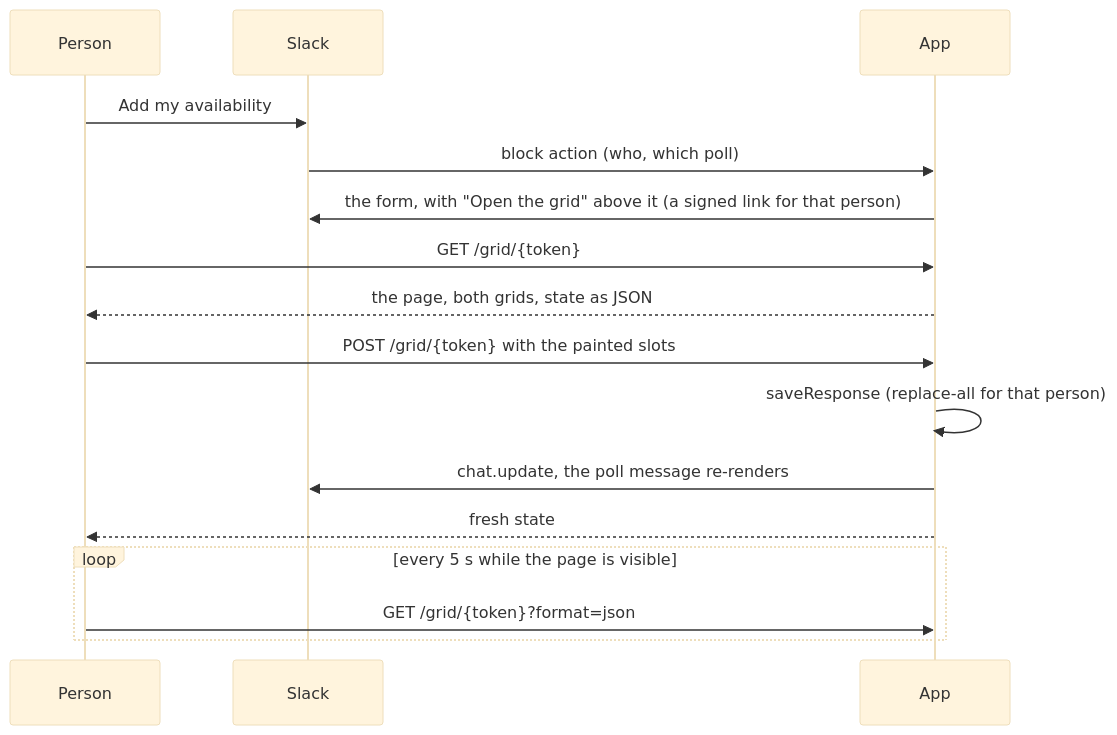
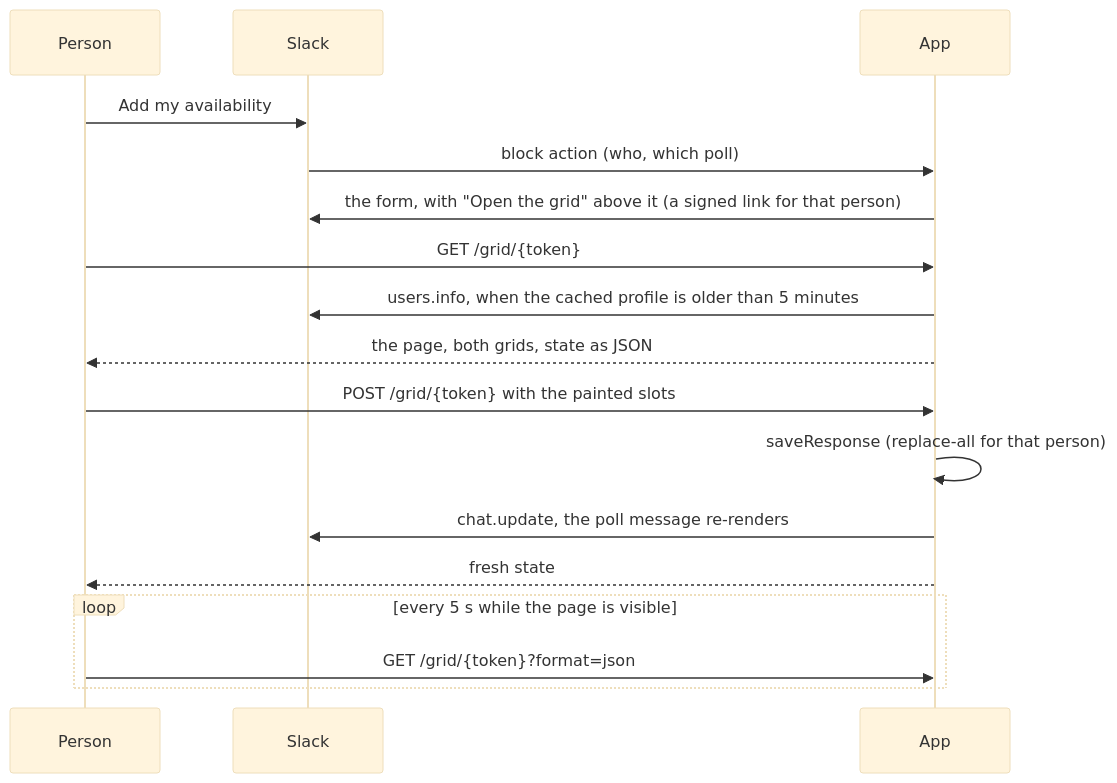
The diagram in docs/WEB_GRID.md (masaok/meetingmouse), drawn with Mermaid (base theme) before and after one commit. The commit also changed other lines of this file and 14 other files, not shown here.

````diff
--- a/docs/WEB_GRID.md
+++ b/docs/WEB_GRID.md
@@ -14,18 +14,19 @@
 ```mermaid
 sequenceDiagram
   participant P as Person
   participant S as Slack
   participant A as App
   P->>S: Add my availability
   S->>A: block action (who, which poll)
   A->>S: the form, with "Open the grid" above it (a signed link for that person)
   P->>A: GET /grid/{token}
+  A->>S: users.info, when the cached profile is older than 5 minutes
   A-->>P: the page, both grids, state as JSON
   P->>A: POST /grid/{token} with the painted slots
   A->>A: saveResponse (replace-all for that person)
   A->>S: chat.update, the poll message re-renders
   A-->>P: fresh state
   loop every 5 s while the page is visible
     P->>A: GET /grid/{token}?format=json
   end
 ```
````
